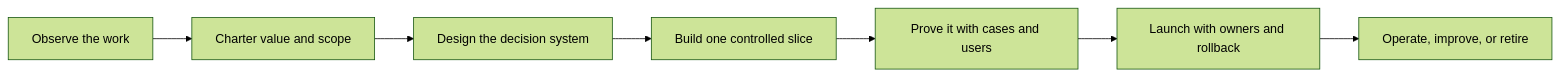
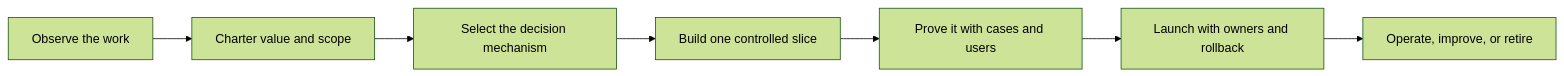
One commit to davidahmann/fde-guide changed the diagram in README.md. Above: the diagram before and after it, drawn with Mermaid (forest theme). The commit also changed other lines of this file and 57 other files, not shown here.

````diff
--- a/README.md
+++ b/README.md
@@ -44,9 +57,9 @@
 ```mermaid
 flowchart LR
     A["Observe the work"] --> B["Charter value and scope"]
-    B --> C["Design the decision system"]
+    B --> C["Select the decision mechanism"]
     C --> D["Build one controlled slice"]
     D --> E["Prove it with cases and users"]
     E --> F["Launch with owners and rollback"]
     F --> G["Operate, improve, or retire"]
 ```
````
